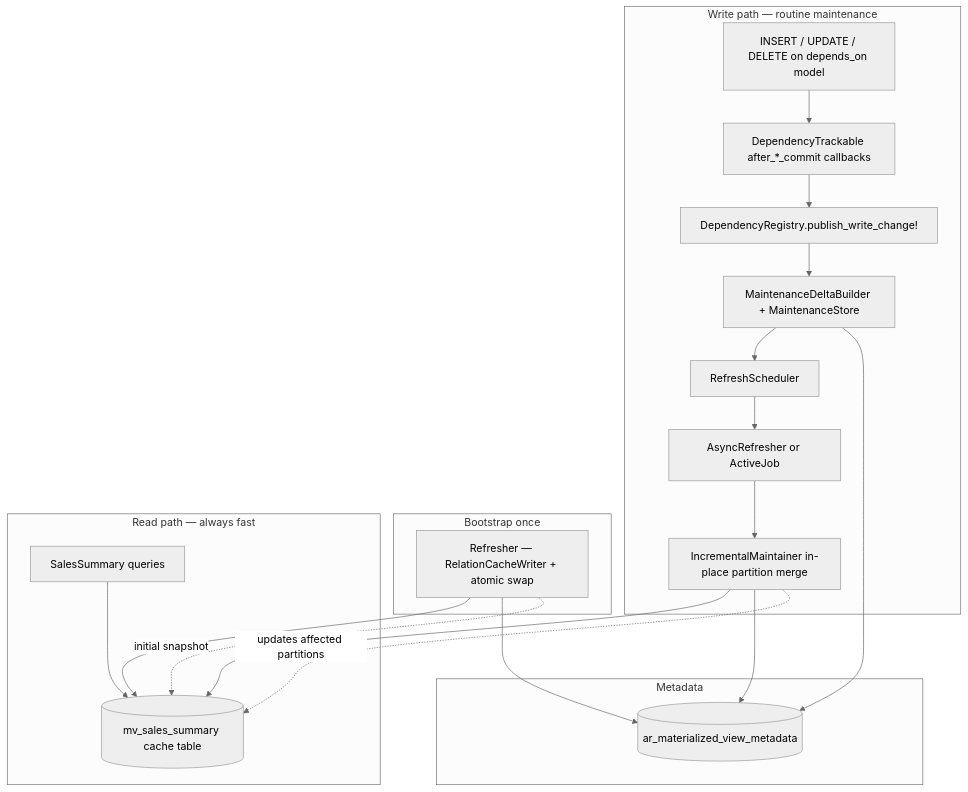
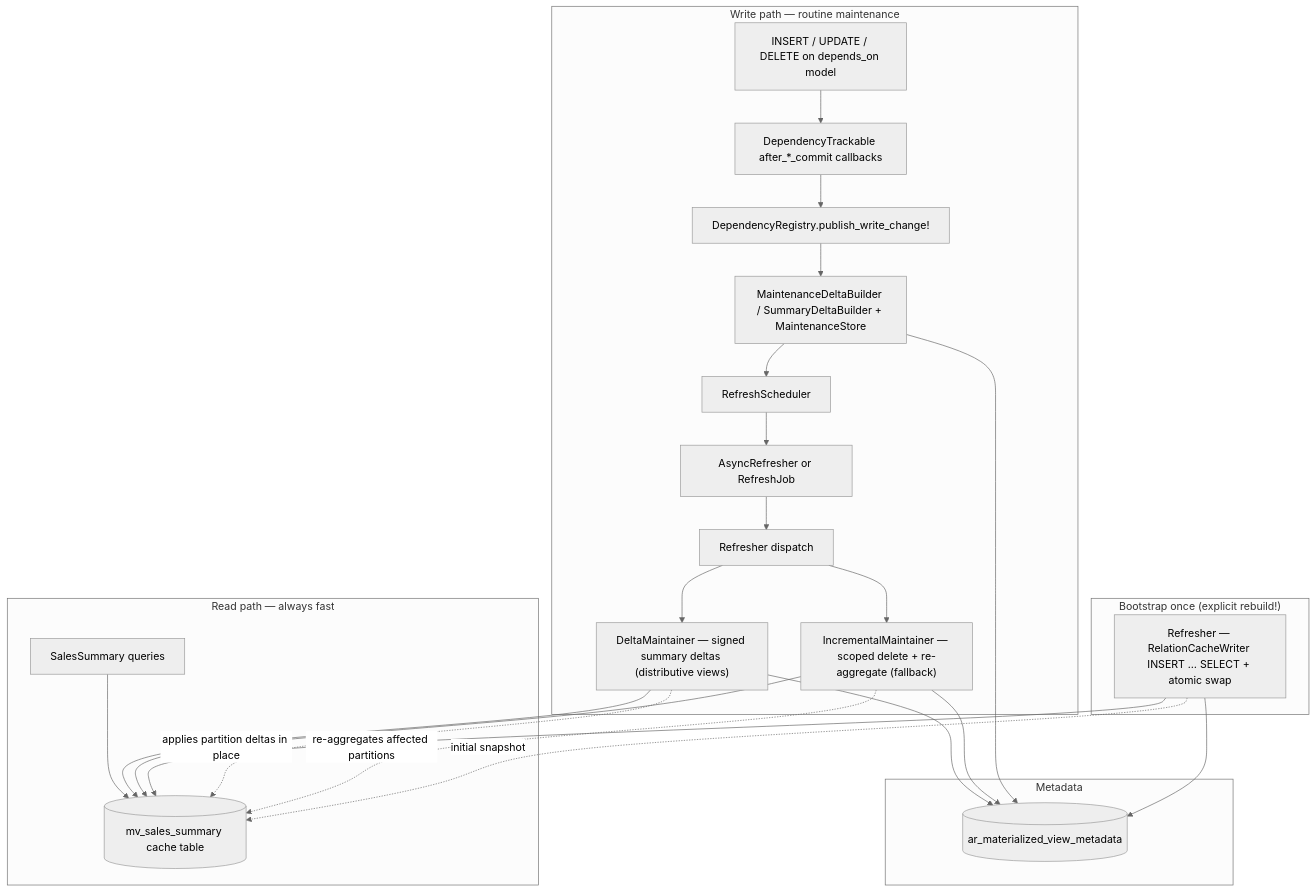
One commit to mavrukin/activerecord-materialized changed the diagram in README.md. Above: the diagram before and after it, drawn with Mermaid (neutral theme). The commit also changed other lines of this file and 2 other files, not shown here.

````diff
--- a/README.md
+++ b/README.md
@@ -66,35 +80,42 @@
 ```mermaid
 flowchart TB
     subgraph writes ["Write path — routine maintenance"]
         W["INSERT / UPDATE / DELETE on depends_on model"]
         DT["DependencyTrackable after_*_commit callbacks"]
         DR["DependencyRegistry.publish_write_change!"]
-        MS["MaintenanceDeltaBuilder + MaintenanceStore"]
+        MS["MaintenanceDeltaBuilder / SummaryDeltaBuilder + MaintenanceStore"]
         RS[RefreshScheduler]
-        AR["AsyncRefresher or ActiveJob"]
-        IM["IncrementalMaintainer in-place partition merge"]
-        W --> DT --> DR --> MS --> RS --> AR --> IM
+        AR["AsyncRefresher or RefreshJob"]
+        RFR["Refresher dispatch"]
+        DM["DeltaMaintainer — signed summary deltas (distributive views)"]
+        IM["IncrementalMaintainer — scoped delete + re-aggregate (fallback)"]
+        W --> DT --> DR --> MS --> RS --> AR --> RFR
+        RFR --> DM
+        RFR --> IM
     end
 
-    subgraph bootstrap ["Bootstrap once"]
-        RF["Refresher — RelationCacheWriter + atomic swap"]
+    subgraph bootstrap ["Bootstrap once (explicit rebuild!)"]
+        RF["Refresher — RelationCacheWriter INSERT … SELECT + atomic swap"]
     end
 
     subgraph reads ["Read path — always fast"]
         Q["SalesSummary queries"]
         CT[("mv_sales_summary cache table")]
         Q --> CT
     end
 
     subgraph meta [Metadata]
         MD[("ar_materialized_view_metadata")]
+        DM --> CT
         IM --> CT
+        DM --> MD
         IM --> MD
         MS --> MD
         RF --> CT
         RF --> MD
     end
 
-    IM -.->|"updates affected partitions"| CT
+    DM -.->|"applies partition deltas in place"| CT
+    IM -.->|"re-aggregates affected partitions"| CT
     RF -.->|"initial snapshot"| CT
 ```
````
